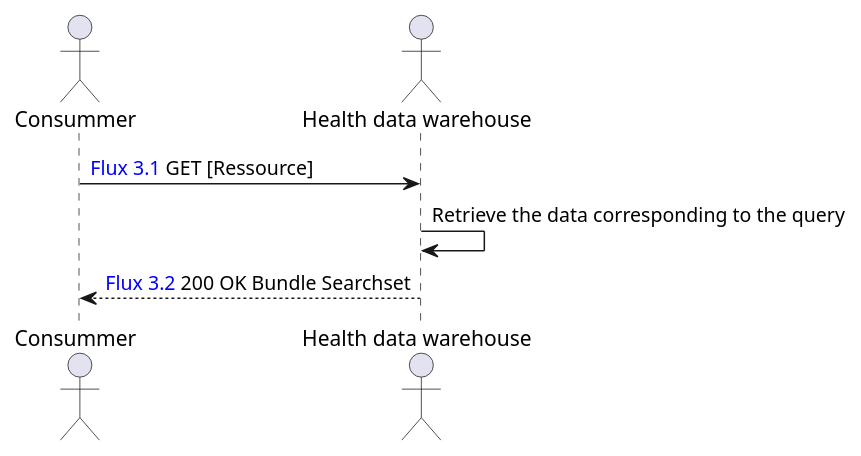
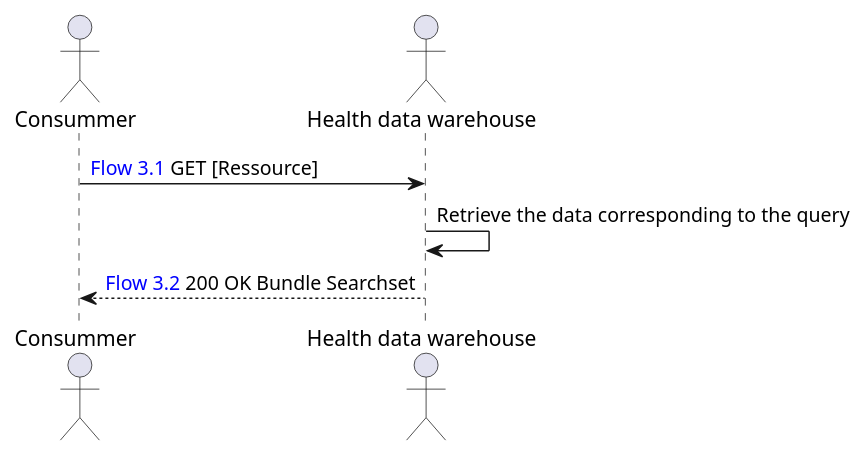
Before and after one commit to ONCOFAIR/FHIR-ImplementationGuide-Article: the diagram in input/images-source/multicentric_study_research_flow.plantuml, drawn with PlantUML. The commit also changed 2 other files, not shown here.

Commit message:
changement flux en flow

```diff
--- a/input/images-source/multicentric_study_research_flow.plantuml
+++ b/input/images-source/multicentric_study_research_flow.plantuml
@@ -1,8 +1,8 @@
 @startuml
 actor "Consummer" as C
 actor "Health data warehouse" as EDS
 
-C -> EDS: <color:blue>Flux 3.1</color> GET [Ressource]
+C -> EDS: <color:blue>Flow 3.1</color> GET [Ressource]
 EDS -> EDS: Retrieve the data corresponding to the query
-EDS --> C: <color:blue>Flux 3.2</color> 200 OK Bundle Searchset
+EDS --> C: <color:blue>Flow 3.2</color> 200 OK Bundle Searchset
 @enduml
```
